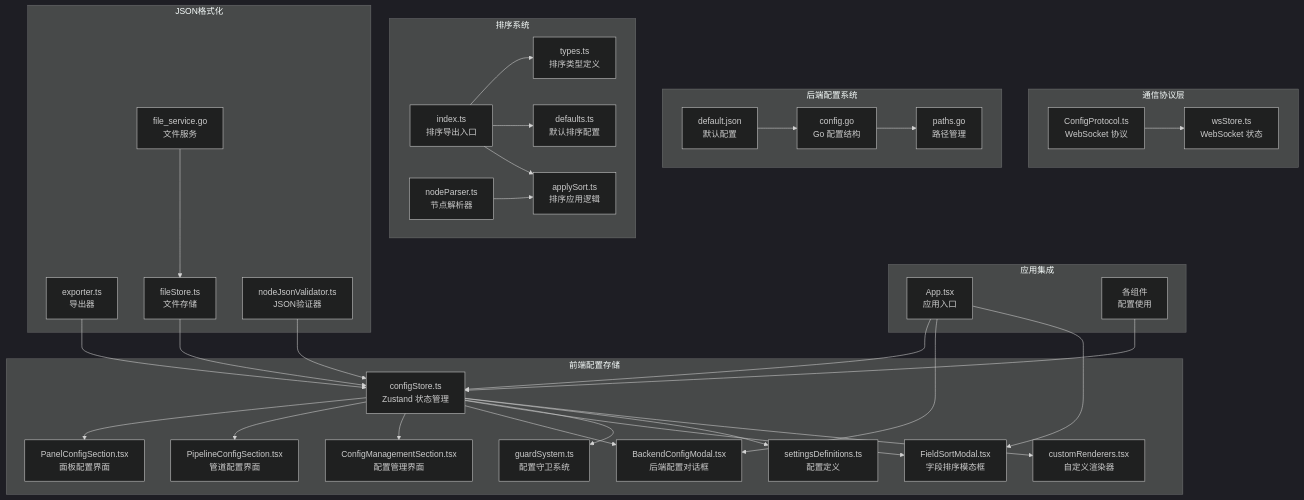
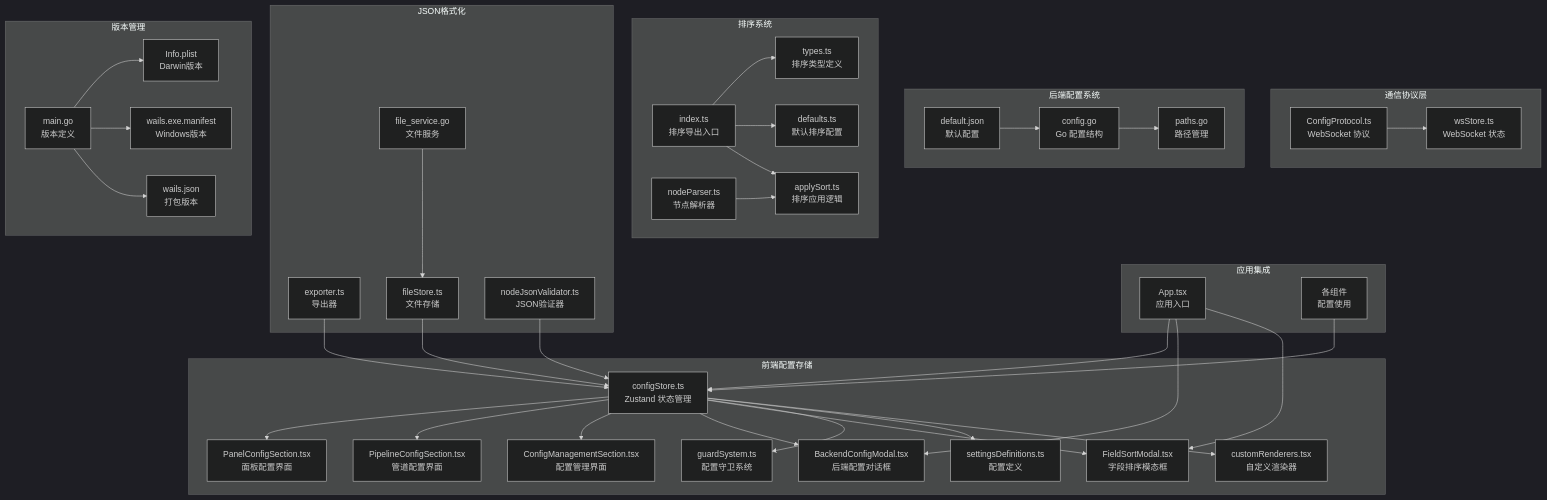
The first of 20 diagrams in .qoder/repowiki/zh/content/Config Store/Config Store.md (kqcoxn/MaaPipelineEditor), drawn with Mermaid (dark theme) before and after one commit. The commit also changed other lines of this file and 13 other files, not shown here.

````diff
--- a/.qoder/repowiki/zh/content/Config Store/Config Store.md
+++ b/.qoder/repowiki/zh/content/Config Store/Config Store.md
@@ -73,63 +71,72 @@
 ```mermaid
 graph TB
 subgraph "前端配置存储"
 A[configStore.ts<br/>Zustand 状态管理]
 B[PanelConfigSection.tsx<br/>面板配置界面]
 C[PipelineConfigSection.tsx<br/>管道配置界面]
 D[ConfigManagementSection.tsx<br/>配置管理界面]
 E[BackendConfigModal.tsx<br/>后端配置对话框]
 F[FieldSortModal.tsx<br/>字段排序模态框]
 G[guardSystem.ts<br/>配置守卫系统]
 H[settingsDefinitions.ts<br/>配置定义]
 I[customRenderers.tsx<br/>自定义渲染器]
 end
 subgraph "通信协议层"
 J[ConfigProtocol.ts<br/>WebSocket 协议]
 K[wsStore.ts<br/>WebSocket 状态]
 end
 subgraph "后端配置系统"
 L[config.go<br/>Go 配置结构]
 M[paths.go<br/>路径管理]
 N[default.json<br/>默认配置]
 end
 subgraph "应用集成"
 O[App.tsx<br/>应用入口]
 P[各组件<br/>配置使用]
 end
 subgraph "排序系统"
 Q[index.ts<br/>排序导出入口]
 R[types.ts<br/>排序类型定义]
 S[defaults.ts<br/>默认排序配置]
 T[applySort.ts<br/>排序应用逻辑]
 U[nodeParser.ts<br/>节点解析器]
 end
 subgraph "JSON格式化"
 V[exporter.ts<br/>导出器]
 W[fileStore.ts<br/>文件存储]
 X[file_service.go<br/>文件服务]
 Y[nodeJsonValidator.ts<br/>JSON验证器]
 end
+subgraph "版本管理"
+Z[main.go<br/>版本定义]
+AA[Info.plist<br/>Darwin版本]
+BB[wails.exe.manifest<br/>Windows版本]
+CC[wails.json<br/>打包版本]
+end
 A --> B
 A --> C
 A --> D
 A --> E
 A --> F
 A --> G
 A --> H
 A --> I
 J --> K
 L --> M
 N --> L
 O --> A
 O --> E
 O --> F
 P --> A
 Q --> R
 Q --> S
 Q --> T
 U --> T
 V --> A
 W --> A
 X --> W
 Y --> A
+Z --> AA
+Z --> BB
+Z --> CC
 ```
````
